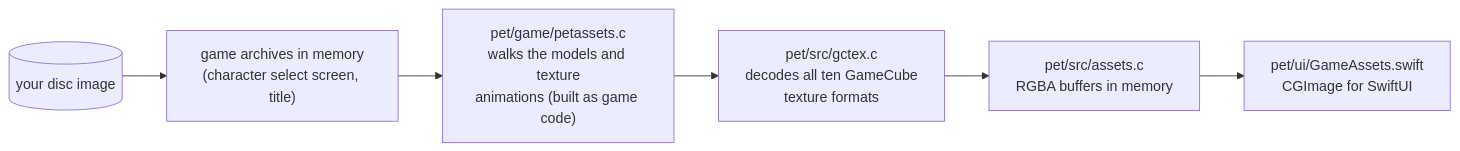
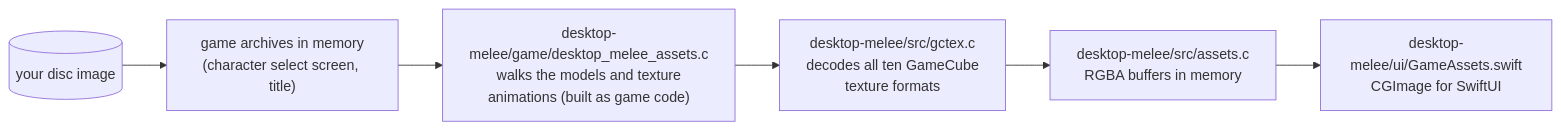
The tenth of 12 diagrams in docs/desktop-melee/how-it-works.md (Mwrnk/desktop-melee), drawn with Mermaid before and after one commit. The commit also changed other lines of this file and 67 other files, not shown here.

First line of the commit message:
Rename pet to Desktop Melee in code, paths and docs

````diff
--- a/docs/desktop-melee/how-it-works.md
+++ b/docs/desktop-melee/how-it-works.md
@@ -547,8 +547,8 @@
 ```mermaid
 flowchart LR
     D[("your disc image")] --> AR["game archives in memory<br/>(character select screen, title)"]
-    AR --> PA["pet/game/petassets.c<br/>walks the models and texture<br/>animations (built as game code)"]
-    PA --> GT["pet/src/gctex.c<br/>decodes all ten GameCube<br/>texture formats"]
-    GT --> AS["pet/src/assets.c<br/>RGBA buffers in memory"]
-    AS --> SW["pet/ui/GameAssets.swift<br/>CGImage for SwiftUI"]
+    AR --> PA["desktop-melee/game/desktop_melee_assets.c<br/>walks the models and texture<br/>animations (built as game code)"]
+    PA --> GT["desktop-melee/src/gctex.c<br/>decodes all ten GameCube<br/>texture formats"]
+    GT --> AS["desktop-melee/src/assets.c<br/>RGBA buffers in memory"]
+    AS --> SW["desktop-melee/ui/GameAssets.swift<br/>CGImage for SwiftUI"]
 ```
````
